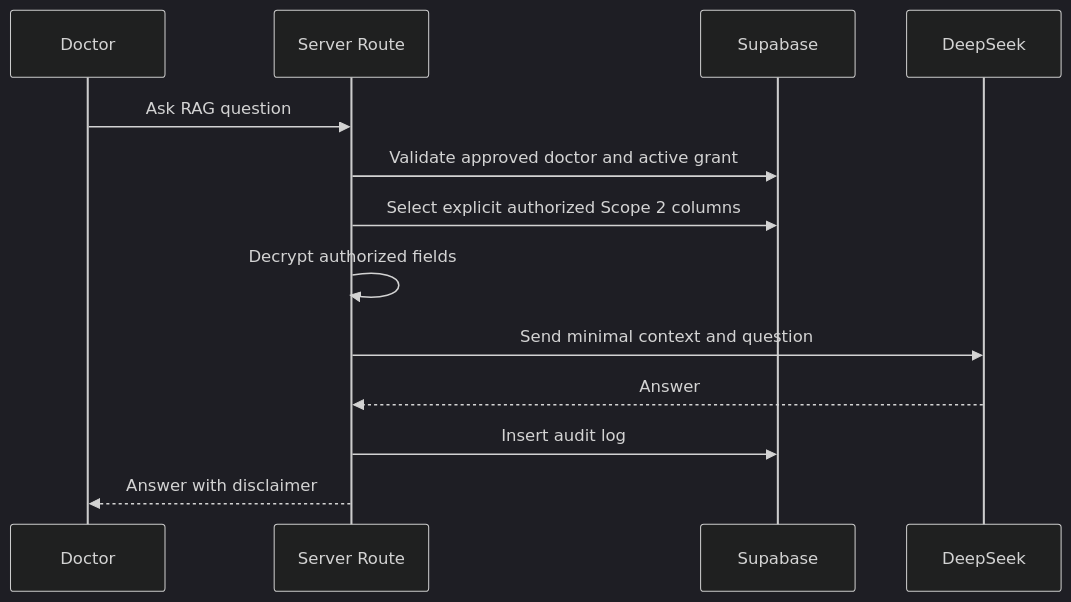
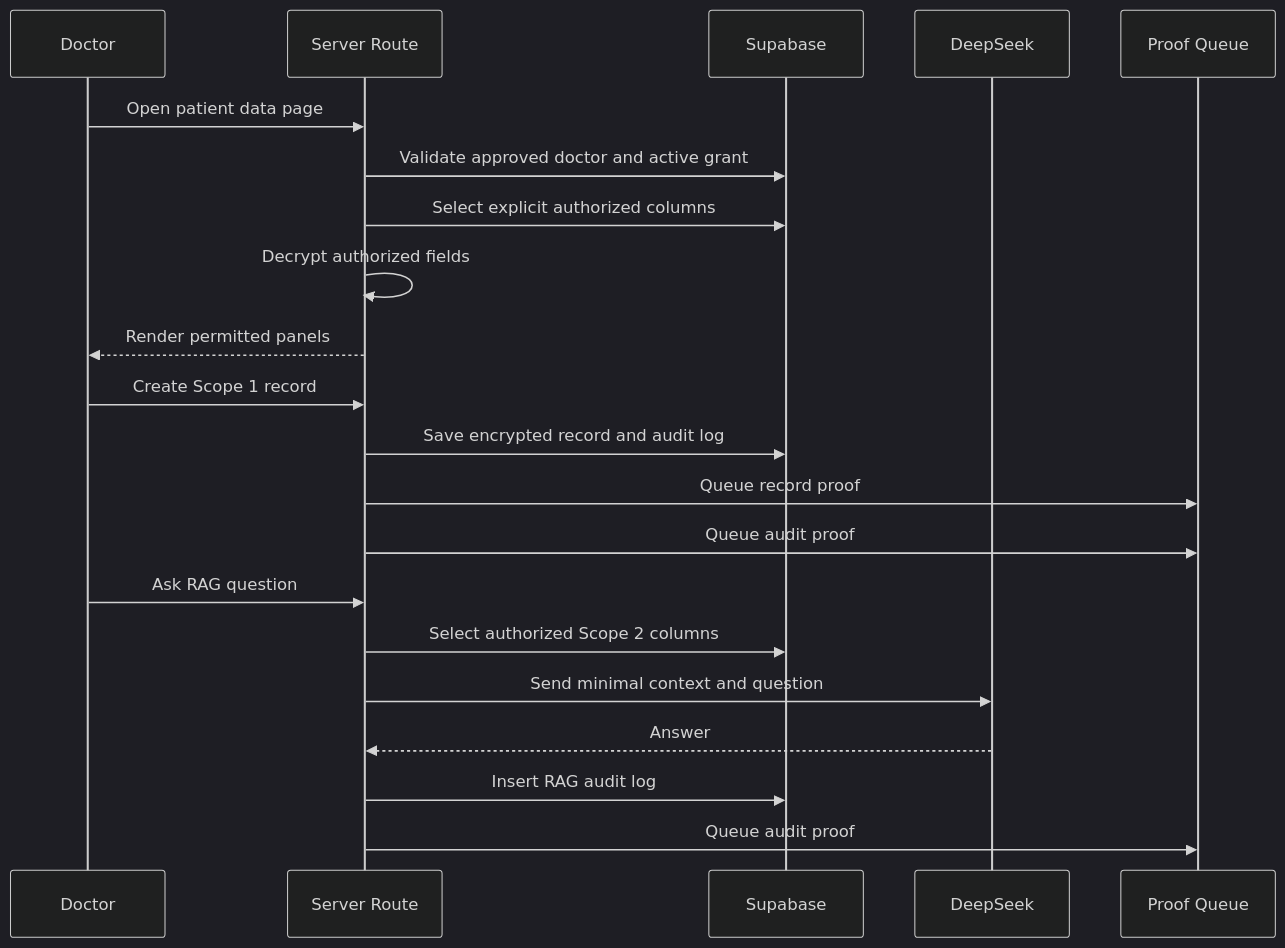
The second of 2 diagrams in plans/sprint-01/05-doctor-records-rag.md (ranggabiner/technofest), drawn with Mermaid (dark theme) before and after one commit. The commit also changed other lines of this file and 9 other files, not shown here.

````diff
--- a/plans/sprint-01/05-doctor-records-rag.md
+++ b/plans/sprint-01/05-doctor-records-rag.md
@@ -137,15 +359,23 @@
 ```mermaid
 sequenceDiagram
   participant D as Doctor
   participant App as Server Route
   participant DB as Supabase
   participant AI as DeepSeek
+  participant Chain as Proof Queue
+  D->>App: Open patient data page
+  App->>DB: Validate approved doctor and active grant
+  App->>DB: Select explicit authorized columns
+  App->>App: Decrypt authorized fields
+  App-->>D: Render permitted panels
+  D->>App: Create Scope 1 record
+  App->>DB: Save encrypted record and audit log
+  App->>Chain: Queue record proof
+  App->>Chain: Queue audit proof
   D->>App: Ask RAG question
-  App->>DB: Validate approved doctor and active grant
-  App->>DB: Select explicit authorized Scope 2 columns
-  App->>App: Decrypt authorized fields
+  App->>DB: Select authorized Scope 2 columns
   App->>AI: Send minimal context and question
   AI-->>App: Answer
-  App->>DB: Insert audit log
-  App-->>D: Answer with disclaimer
+  App->>DB: Insert RAG audit log
+  App->>Chain: Queue audit proof
 ```
````
